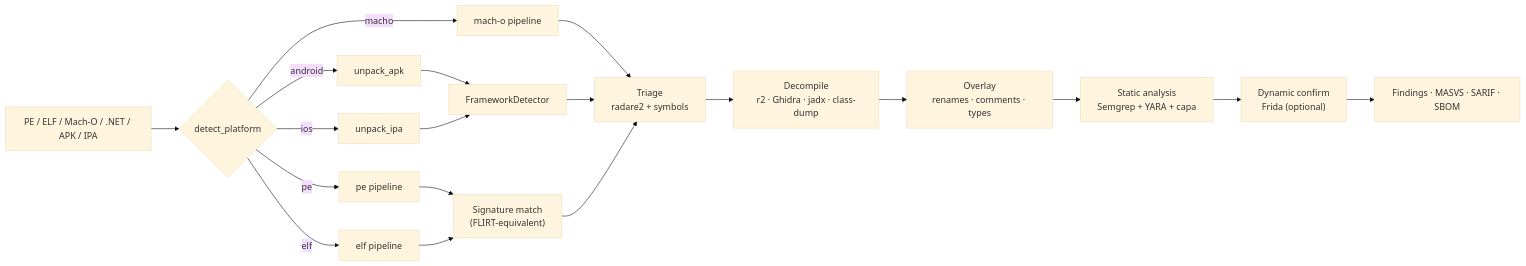
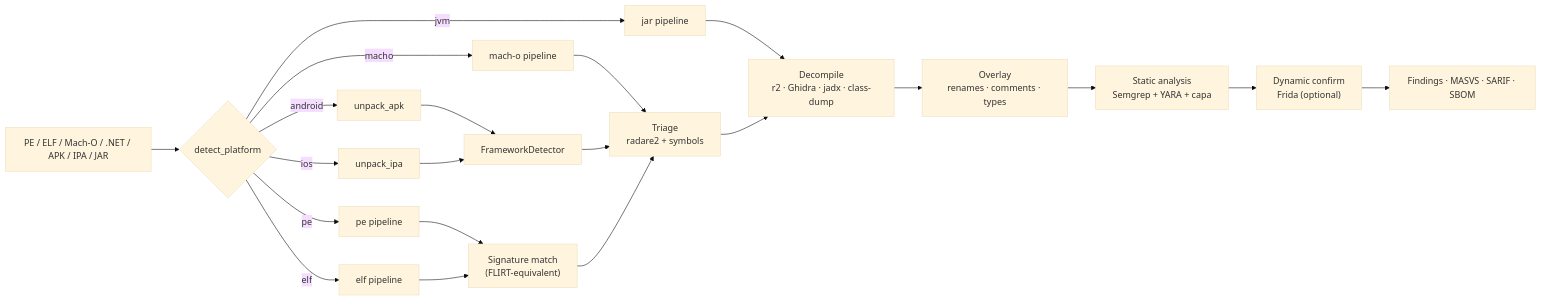
Before and after one commit to TyrusRC/chimera: the second of 2 diagrams in README.md, drawn with Mermaid (base theme). The commit also changed 6 other files, not shown here.

First line of the commit message:
feat(jvm): analyze plain .jar archives

````diff
--- a/README.md
+++ b/README.md
@@ -367,22 +367,24 @@
 ```mermaid
 flowchart LR
-    Input[PE / ELF / Mach-O / .NET / APK / IPA] --> Detect{detect_platform}
+    Input[PE / ELF / Mach-O / .NET / APK / IPA / JAR] --> Detect{detect_platform}
     Detect -->|pe| PE[pe pipeline]
     Detect -->|elf| ELF[elf pipeline]
     Detect -->|macho| MO[mach-o pipeline]
     Detect -->|android| UnpackA[unpack_apk]
     Detect -->|ios| UnpackI[unpack_ipa]
+    Detect -->|jvm| JAR[jar pipeline]
 
     PE --> Sigs["Signature match<br/>(FLIRT-equivalent)"]
     ELF --> Sigs
     MO --> Triage
     UnpackA --> Framework[FrameworkDetector]
     UnpackI --> Framework
+    JAR --> Decompile
     Framework --> Triage["Triage<br/>radare2 + symbols"]
     Sigs --> Triage
     Triage --> Decompile["Decompile<br/>r2 · Ghidra · jadx · class-dump"]
     Decompile --> Overlay["Overlay<br/>renames · comments · types"]
     Overlay --> Static["Static analysis<br/>Semgrep + YARA + capa"]
     Static --> Confirm["Dynamic confirm<br/>Frida (optional)"]
     Confirm --> Report["Findings · MASVS · SARIF · SBOM"]
 ```
````
